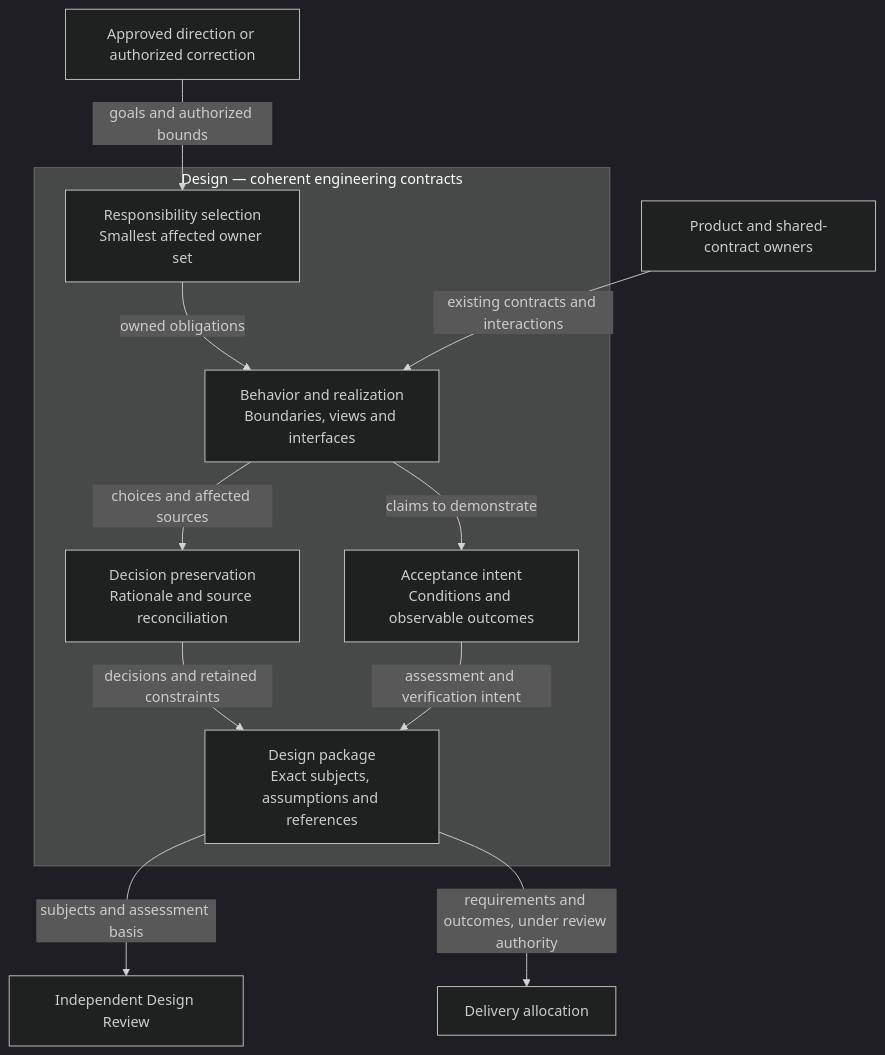
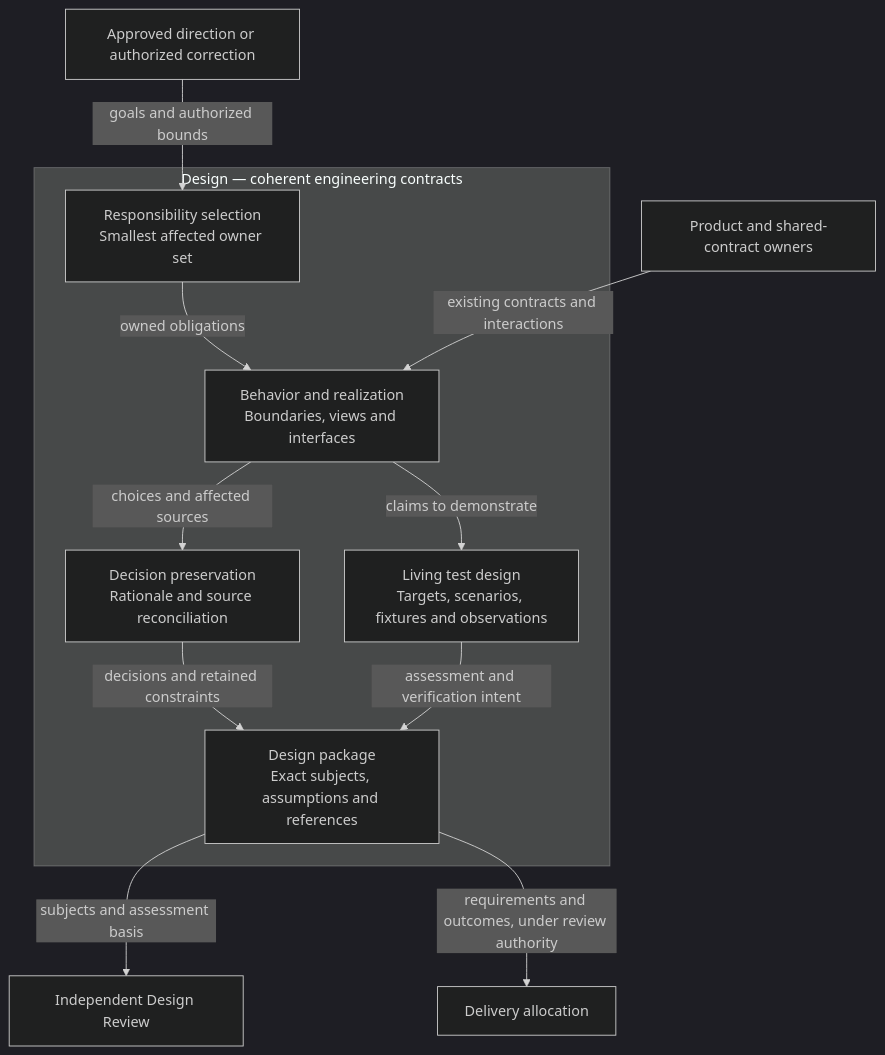
One commit to xiongxianfei/rigorloop changed the first of 4 diagrams in docs/design/skill/authoring/design.md. Above: the diagram before and after it, drawn with Mermaid (dark theme). The commit also changed other lines of this file and 123 other files, not shown here.

````diff
--- a/docs/design/skill/authoring/design.md
+++ b/docs/design/skill/authoring/design.md
@@ -39,21 +39,21 @@
 ```mermaid
 flowchart TB
     Direction["Approved direction or authorized correction"]
     Owners["Product and shared-contract owners"]
     subgraph Design["Design — coherent engineering contracts"]
         Ownership["Responsibility selection<br/>Smallest affected owner set"]
         Reconcile["Behavior and realization<br/>Boundaries, views and interfaces"]
         Preserve["Decision preservation<br/>Rationale and source reconciliation"]
-        Intent["Acceptance intent<br/>Conditions and observable outcomes"]
+        Intent["Living test design<br/>Targets, scenarios, fixtures and observations"]
         Package["Design package<br/>Exact subjects, assumptions and references"]
         Ownership -->|"owned obligations"| Reconcile
         Reconcile -->|"choices and affected sources"| Preserve
         Reconcile -->|"claims to demonstrate"| Intent
         Preserve -->|"decisions and retained constraints"| Package
         Intent -->|"assessment and verification intent"| Package
     end
     Direction -->|"goals and authorized bounds"| Ownership
     Owners -->|"existing contracts and interactions"| Reconcile
     Package -->|"subjects and assessment basis"| Review["Independent Design Review"]
     Package -->|"requirements and outcomes, under review authority"| Delivery["Delivery allocation"]
 ```
````
